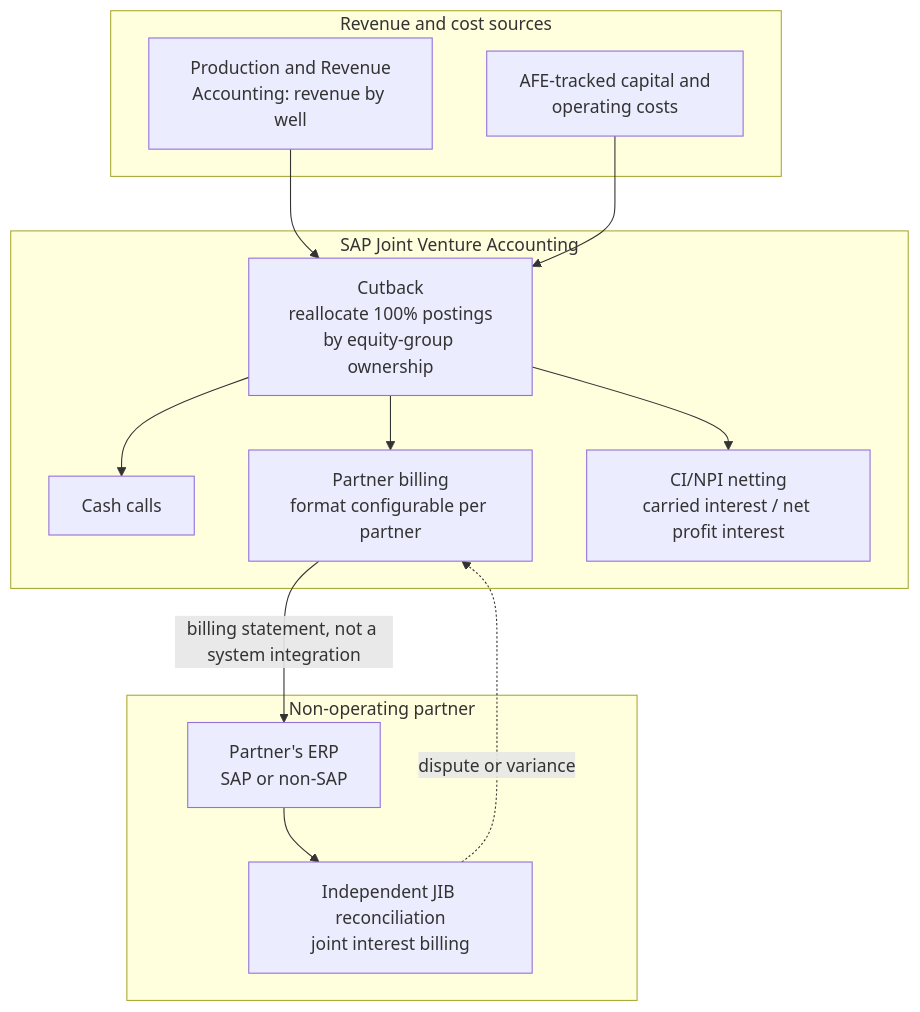
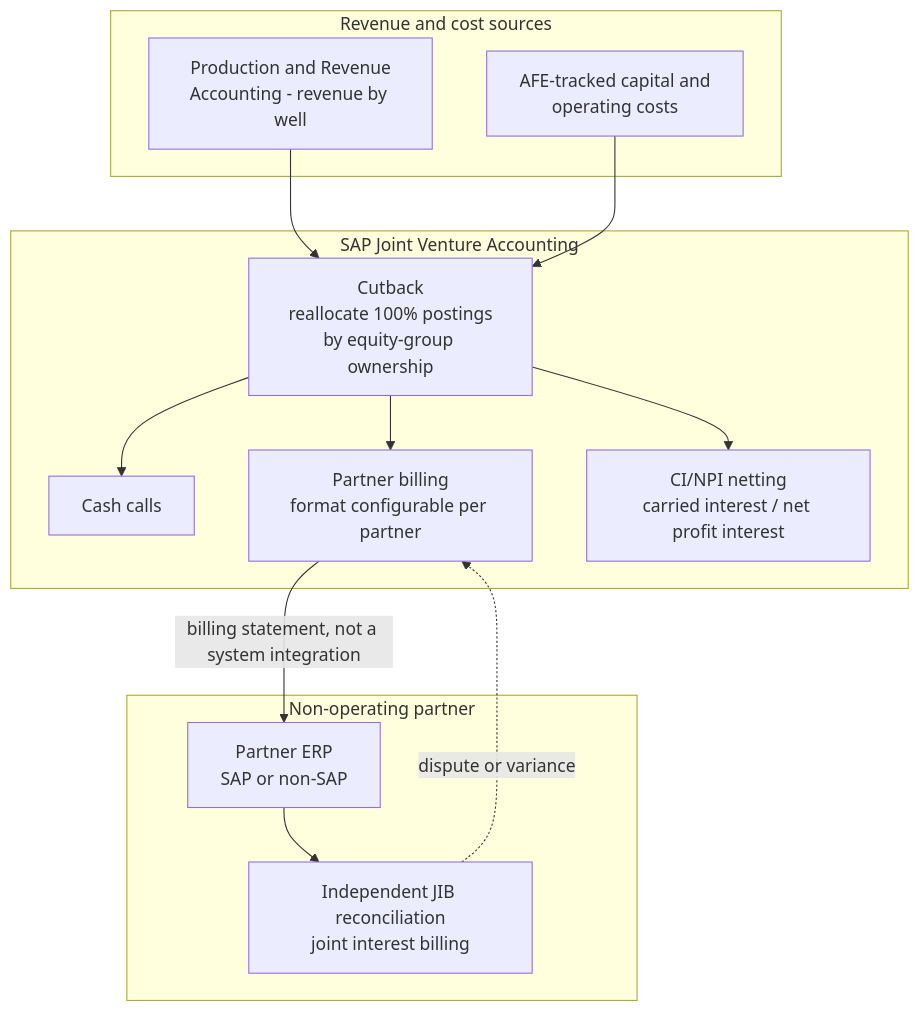
Before and after one commit to pusinghal-arch/integration-foundry: the diagram in docs/architectures/07-joint-venture-cutback-cross-erp-billing.md, drawn with Mermaid. The commit also changed 1 other file, not shown here.

Commit message:
Fix Mermaid diagram syntax likely breaking client-side rendering
Removed an apostrophe and a colon from inside flowchart node labels
in the joint venture cutback diagram, and replaced the '&' multi-node
shorthand in the hybrid integration diagram with explicit edges.
These are known Mermaid parser edge cases that can cause a diagram to
fail silently (stuck loading spinner) in some renderers rather than
throwing a visible error.

````diff
--- a/docs/architectures/07-joint-venture-cutback-cross-erp-billing.md
+++ b/docs/architectures/07-joint-venture-cutback-cross-erp-billing.md
@@ -14,28 +14,28 @@
 ```mermaid
 flowchart TD
     subgraph Upstream["Revenue and cost sources"]
-        A[Production and Revenue\nAccounting: revenue by well]
+        A[Production and Revenue\nAccounting - revenue by well]
         B[AFE-tracked capital and\noperating costs]
     end
 
     subgraph JVA["SAP Joint Venture Accounting"]
         C[Cutback\nreallocate 100% postings\nby equity-group ownership]
         D[Cash calls]
         E[Partner billing\nformat configurable per partner]
         F[CI/NPI netting\ncarried interest / net profit interest]
     end
 
     subgraph Partner["Non-operating partner"]
-        G[Partner's ERP\nSAP or non-SAP]
+        G[Partner ERP\nSAP or non-SAP]
         H[Independent JIB reconciliation\njoint interest billing]
     end
 
     A --> C
     B --> C
     C --> D
     C --> E
     C --> F
     E -->|billing statement, not a system integration| G
     G --> H
     H -.dispute or variance.-> E
 ```
````
